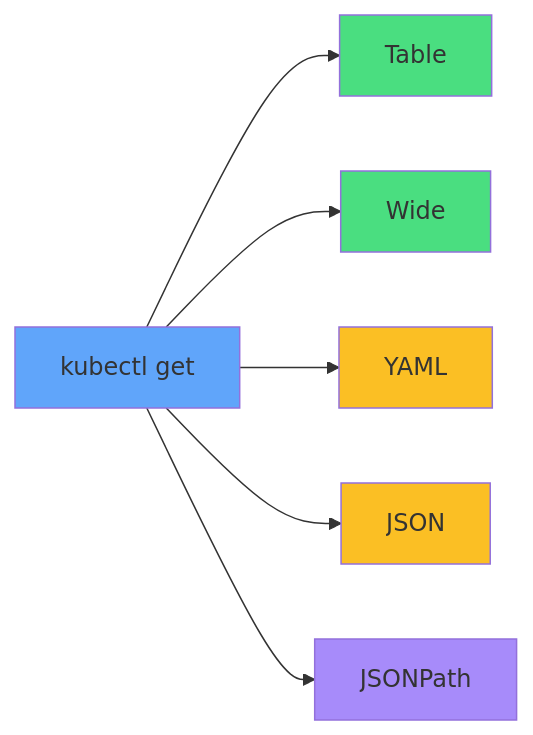
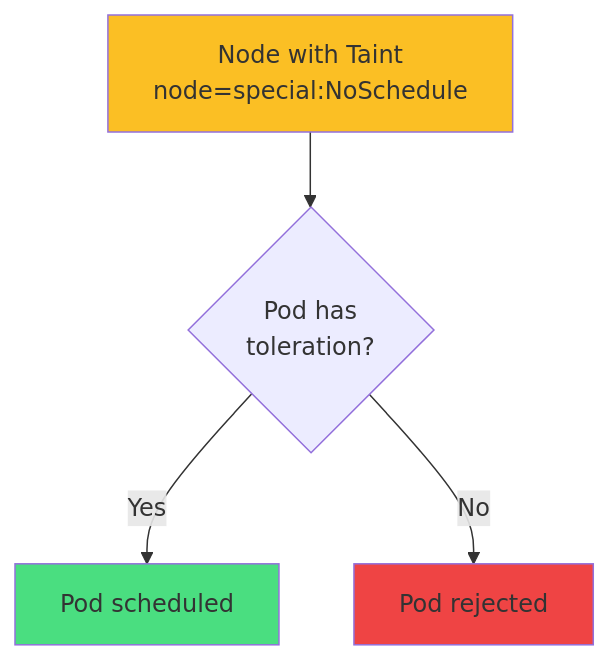
The sixth of 8 diagrams in slides/nodes/slides.md (courselabs/kubernetes), drawn with Mermaid before and after one commit. The commit also changed other lines of this file and 5 other files, not shown here.

````diff
--- a/slides/nodes/slides.md
+++ b/slides/nodes/slides.md
@@ -294,14 +309,9 @@
 ```mermaid
-graph LR
-    K[kubectl get] --> T[Table]
-    K --> W[Wide]
-    K --> Y[YAML]
-    K --> J[JSON]
-    K --> JP[JSONPath]
-    style K fill:#60a5fa
-    style T fill:#4ade80
-    style W fill:#4ade80
-    style Y fill:#fbbf24
-    style J fill:#fbbf24
-    style JP fill:#a78bfa
+graph TB
+    N[Node with Taint<br/>node=special:NoSchedule] --> B{Pod has<br/>toleration?}
+    B -->|Yes| A[Pod scheduled]
+    B -->|No| D[Pod rejected]
+    style N fill:#fbbf24
+    style A fill:#4ade80
+    style D fill:#ef4444
 ```
````
